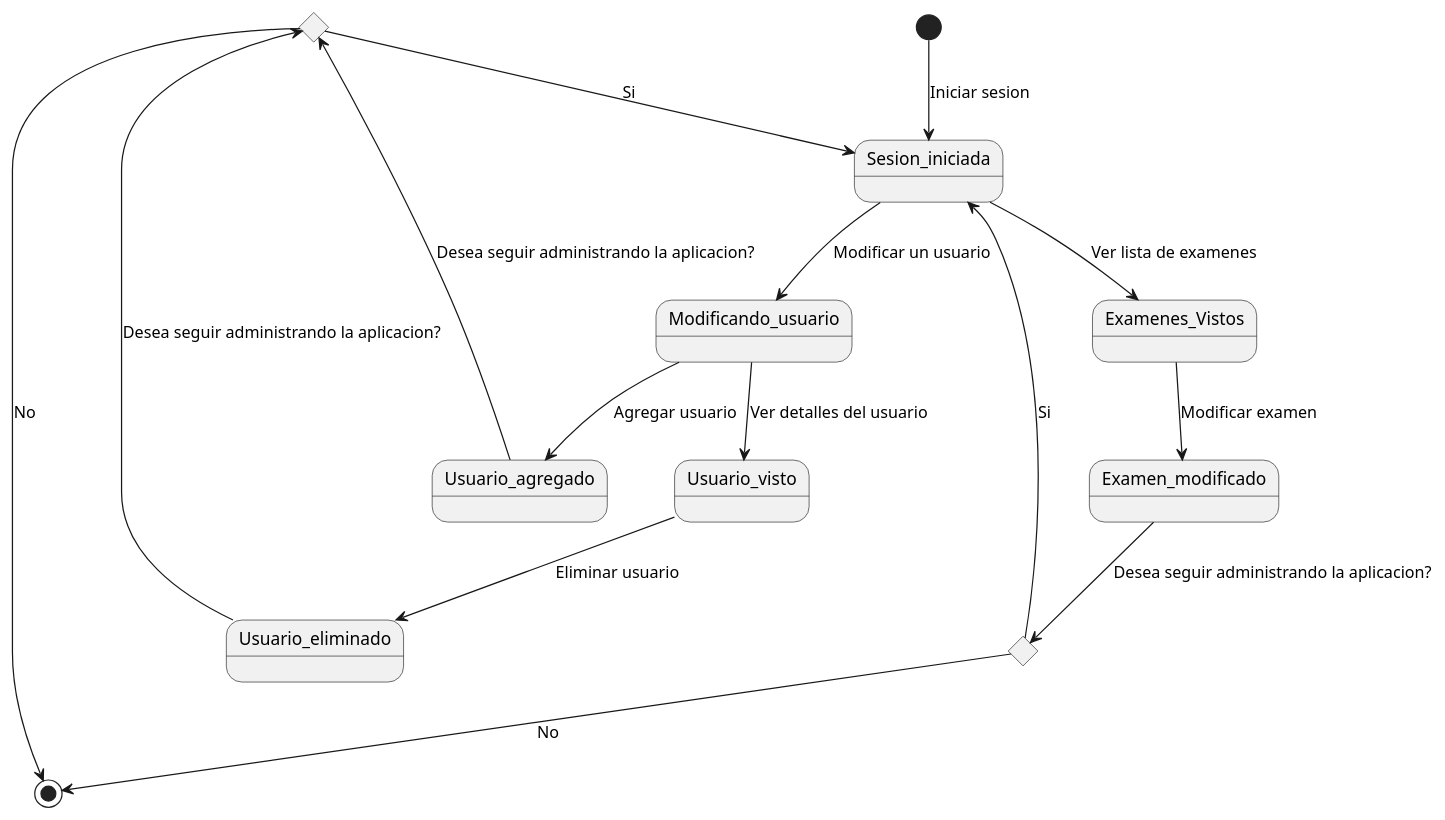
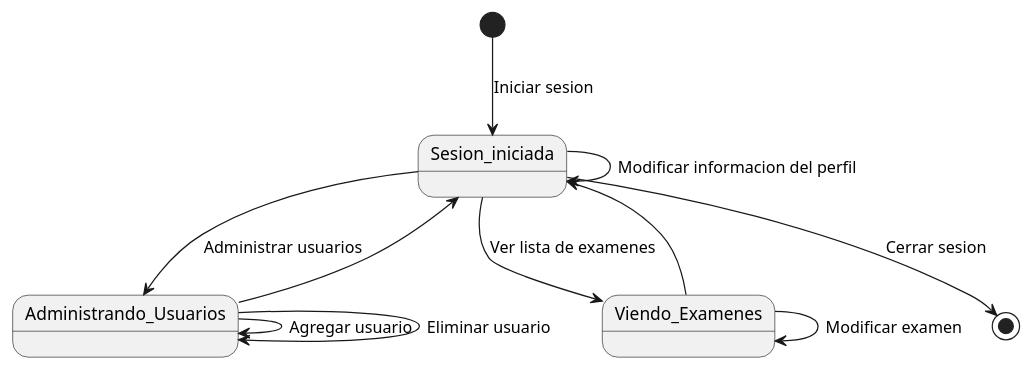
One commit to Carverz/IS-022023_Proyecto-Grupo-4 changed the diagram in docs/useCases/DiagramaDeEstadosDeUseCasesAdmin.plantuml. Above: the diagram before and after it, drawn with PlantUML. The commit also changed 3 other files, not shown here.

Commit message:
Modificacion de diagramas de caso de uso y estado

```diff
--- a/docs/useCases/DiagramaDeEstadosDeUseCasesAdmin.plantuml
+++ b/docs/useCases/DiagramaDeEstadosDeUseCasesAdmin.plantuml
@@ -1,23 +1,17 @@
 @startuml
 skinparam Style strictuml
 
-state choice1 <<choice>>
-state choice2 <<choice>>
+
 [*] --> Sesion_iniciada: Iniciar sesion
-Sesion_iniciada --> Modificando_usuario: Modificar un usuario
-Modificando_usuario --> Usuario_agregado: Agregar usuario
-Usuario_agregado --> choice1: Desea seguir administrando la aplicacion?
-choice1 --> Sesion_iniciada: Si
-choice1 --> [*]: No
-Modificando_usuario --> Usuario_visto: Ver detalles del usuario
-Usuario_visto --> Usuario_eliminado: Eliminar usuario
-Usuario_eliminado --> choice1: Desea seguir administrando la aplicacion?
+Sesion_iniciada --> Sesion_iniciada: Modificar informacion del perfil
+Sesion_iniciada --> Administrando_Usuarios: Administrar usuarios
+Administrando_Usuarios --> Administrando_Usuarios: Agregar usuario
+Administrando_Usuarios --> Administrando_Usuarios: Eliminar usuario
+Administrando_Usuarios --> Sesion_iniciada
 
-
-Sesion_iniciada --> Examenes_Vistos: Ver lista de examenes
-Examenes_Vistos --> Examen_modificado: Modificar examen
-Examen_modificado --> choice2: Desea seguir administrando la aplicacion?
-choice2 --> Sesion_iniciada: Si
-choice2 --> [*]: No
+Sesion_iniciada --> Viendo_Examenes: Ver lista de examenes
+Viendo_Examenes --> Viendo_Examenes: Modificar examen
+Viendo_Examenes --> Sesion_iniciada
+Sesion_iniciada --> [*]: Cerrar sesion
 
 @enduml
```
